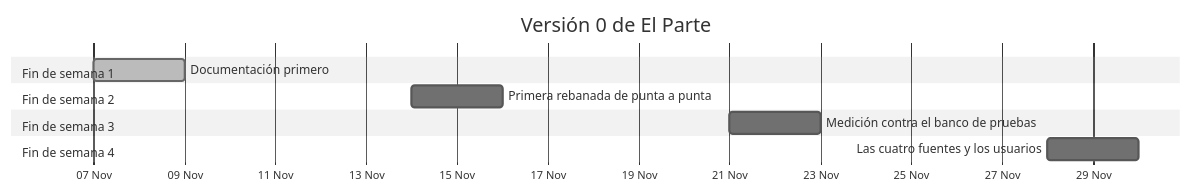
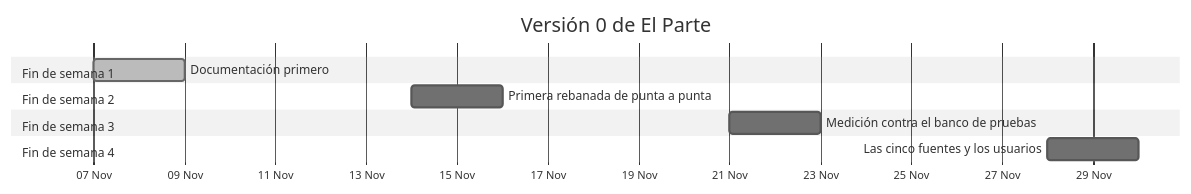
The diagram in docs/plan.md (andresdiegolanda/el-parte), drawn with Mermaid (neutral theme) before and after one commit. The commit also changed other lines of this file and 17 other files, not shown here.

````diff
--- a/docs/plan.md
+++ b/docs/plan.md
@@ -7,14 +7,14 @@
 ```mermaid
 gantt
     title Versión 0 de El Parte
     dateFormat YYYY-MM-DD
     axisFormat %d %b
     section Fin de semana 1
     Documentación primero            :done, f1, 2026-11-07, 2d
     section Fin de semana 2
     Primera rebanada de punta a punta :f2, 2026-11-14, 2d
     section Fin de semana 3
     Medición contra el banco de pruebas :f3, 2026-11-21, 2d
     section Fin de semana 4
-    Las cuatro fuentes y los usuarios :f4, 2026-11-28, 2d
+    Las cinco fuentes y los usuarios :f4, 2026-11-28, 2d
 ```
````
